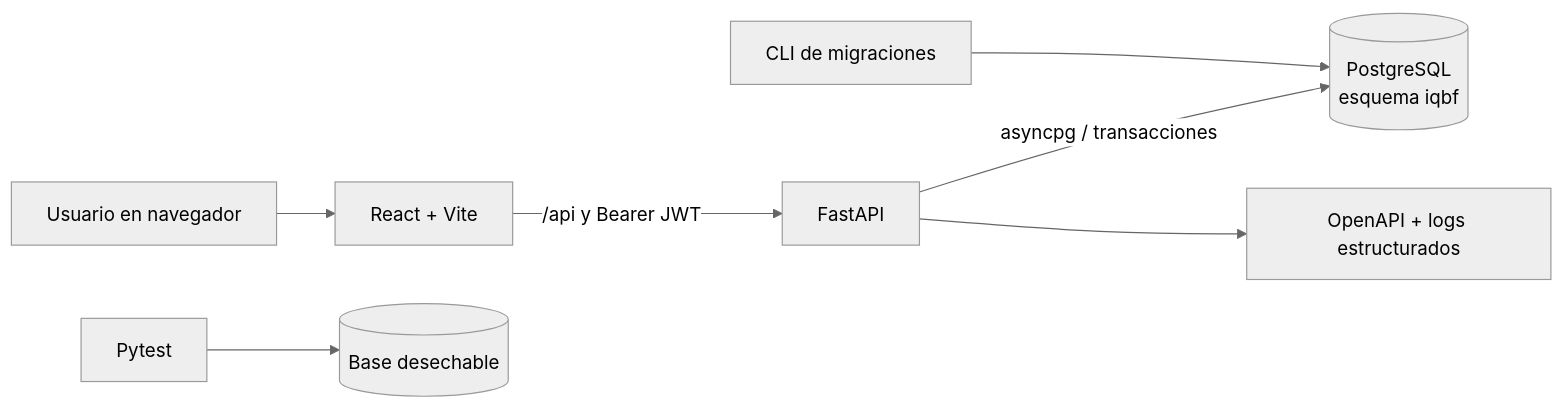
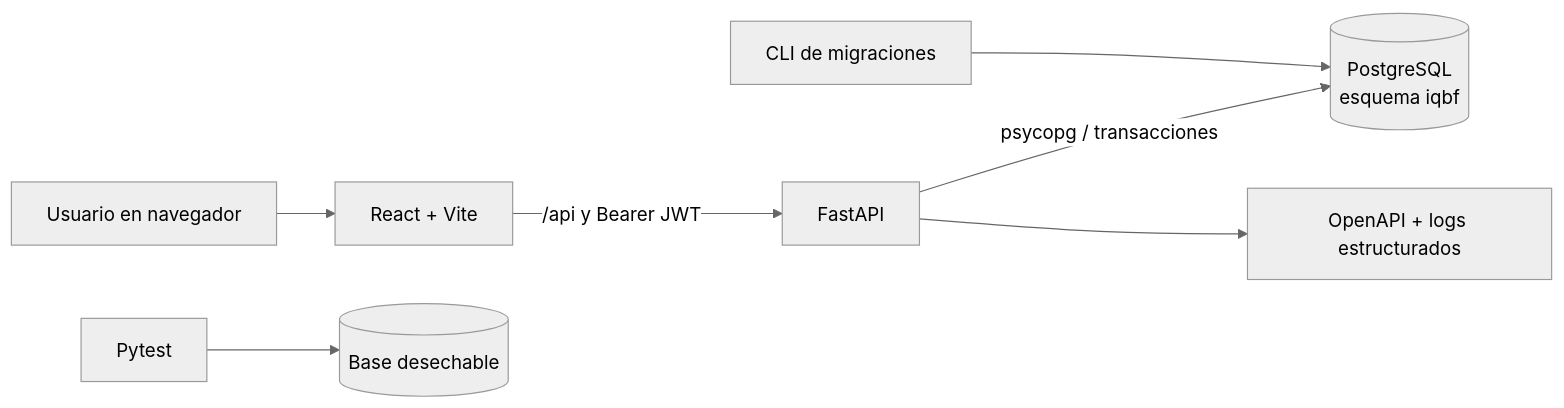
Before and after one commit to jeffangeloss/IQBF-ULIMA_Back: the diagram in specs/sprint0/EN-005-arquitectura-y-ambientes.md, drawn with Mermaid (neutral theme). The commit also changed other lines of this file and 9 other files, not shown here.

````diff
--- a/specs/sprint0/EN-005-arquitectura-y-ambientes.md
+++ b/specs/sprint0/EN-005-arquitectura-y-ambientes.md
@@ -11,9 +11,9 @@
 ```mermaid
 flowchart LR
     U[Usuario en navegador] --> F[React + Vite]
     F -->|/api y Bearer JWT| A[FastAPI]
-    A -->|asyncpg / transacciones| P[(PostgreSQL<br/>esquema iqbf)]
+    A -->|psycopg / transacciones| P[(PostgreSQL<br/>esquema iqbf)]
     A --> O[OpenAPI + logs estructurados]
     M[CLI de migraciones] --> P
     T[Pytest] --> D[(Base desechable)]
 ```
````
